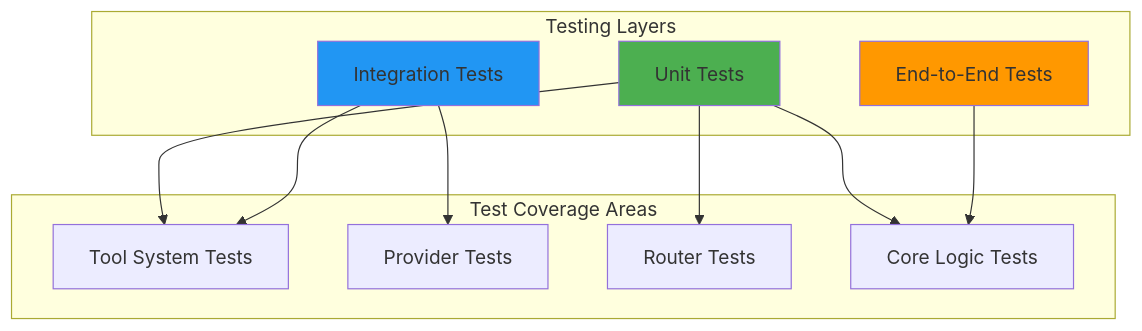
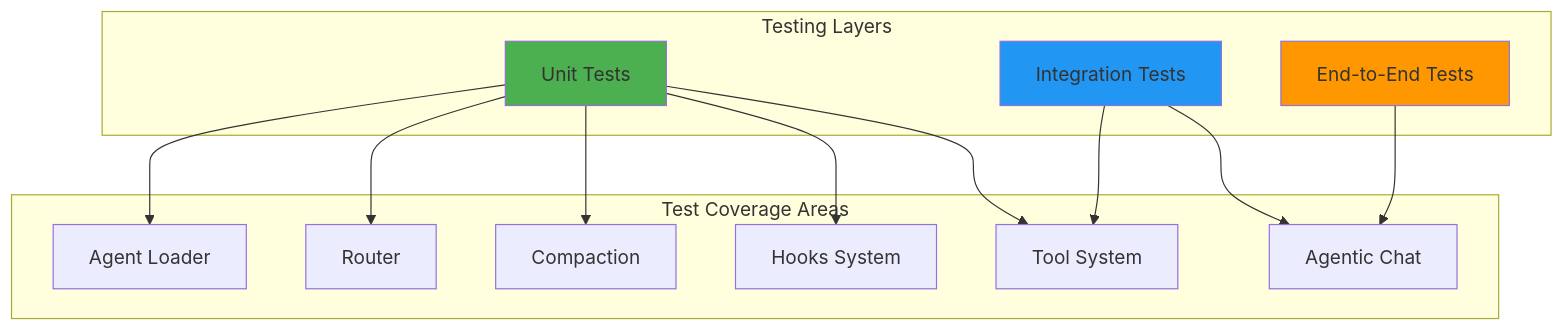
The diagram in docs/TESTING.md (ausardcompany/alexi), drawn with Mermaid before and after one commit. The commit also changed other lines of this file and 6 other files, not shown here.

````diff
--- a/docs/TESTING.md
+++ b/docs/TESTING.md
@@ -19,26 +22,30 @@
 ```mermaid
 graph TB
     subgraph "Testing Layers"
         Unit[Unit Tests]
         Integration[Integration Tests]
         E2E[End-to-End Tests]
     end
-    
+
     subgraph "Test Coverage Areas"
-        Tools[Tool System Tests]
-        Providers[Provider Tests]
-        Router[Router Tests]
-        Core[Core Logic Tests]
+        Tools[Tool System]
+        Hooks[Hooks System]
+        Compaction[Compaction]
+        Router[Router]
+        Agents[Agent Loader]
+        Core[Agentic Chat]
     end
-    
+
     Unit --> Tools
+    Unit --> Hooks
+    Unit --> Compaction
     Unit --> Router
-    Unit --> Core
-    Integration --> Providers
+    Unit --> Agents
+    Integration --> Core
     Integration --> Tools
     E2E --> Core
-    
+
     style Unit fill:#4CAF50
     style Integration fill:#2196F3
     style E2E fill:#FF9800
 ```
````
